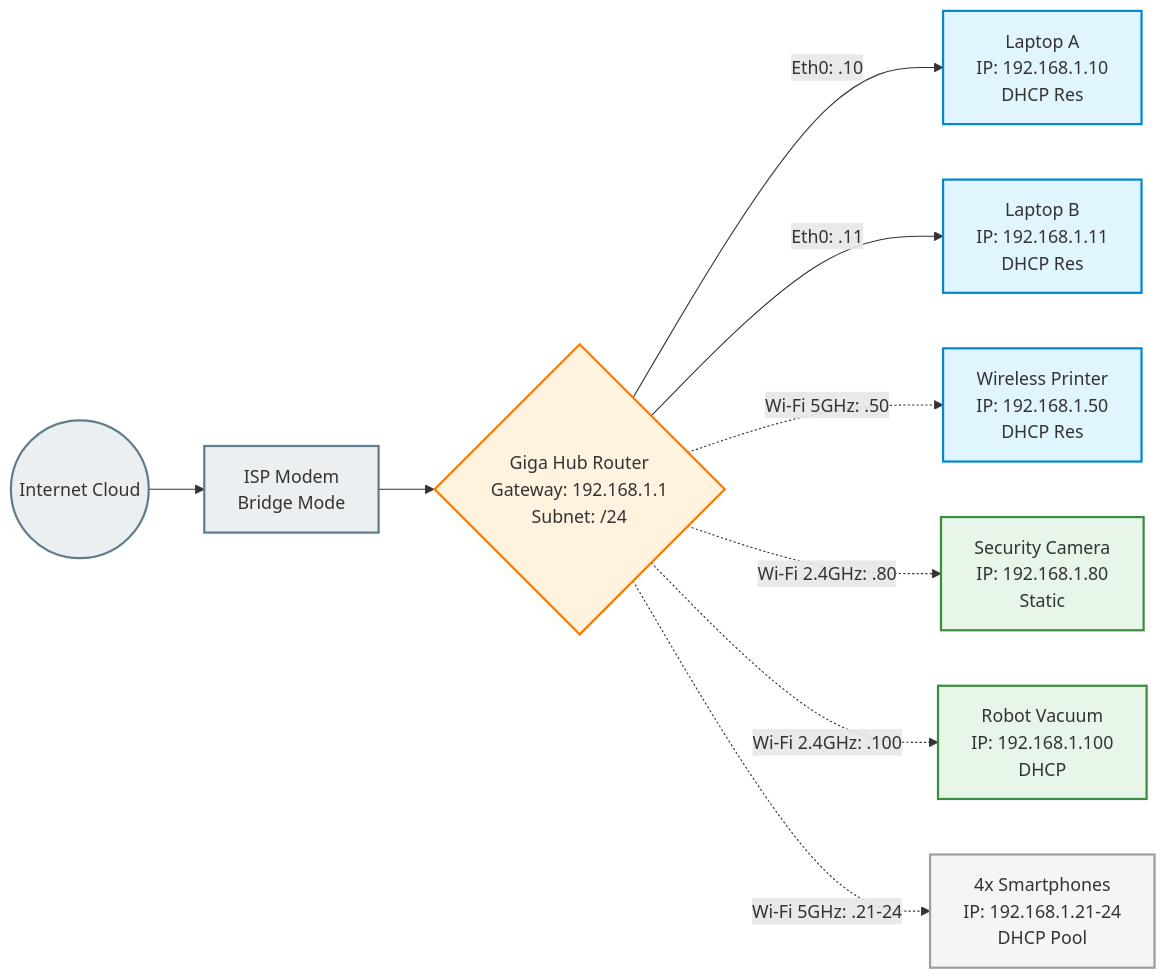
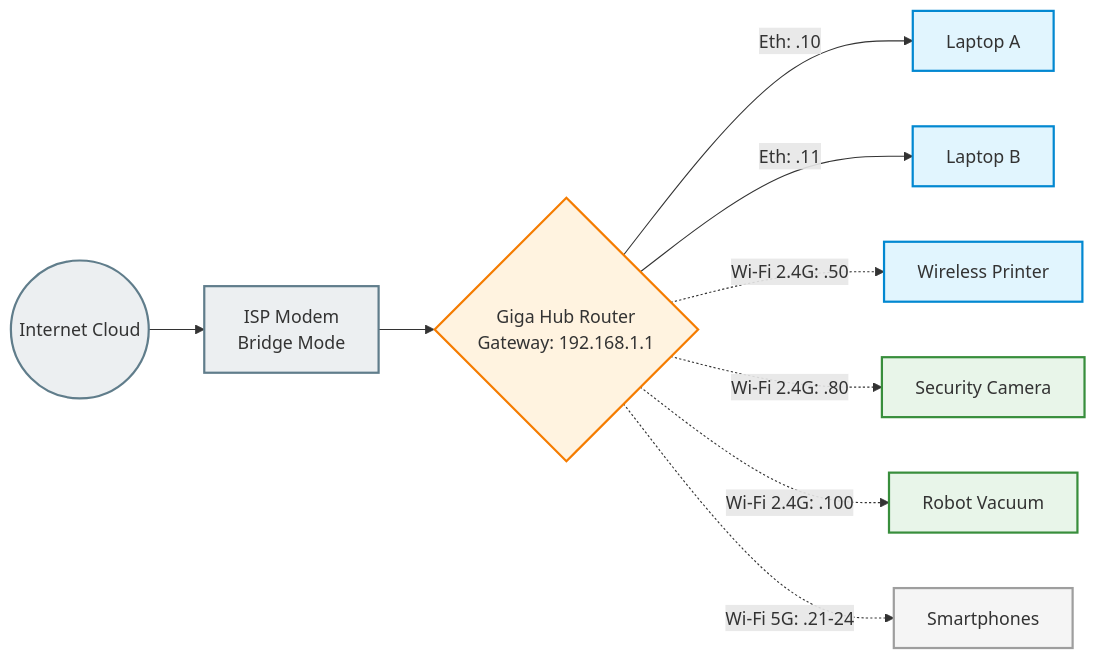
Before and after one commit to zoe437334588-creator/lesson5: the diagram in README.md, drawn with Mermaid. The commit also changed other lines of this file, not shown here.

````diff
--- a/README.md
+++ b/README.md
@@ -22,25 +20,18 @@
 ```mermaid
-flowchart LR
-    %% 定义颜色样式，完美匹配你物理图里的区域颜色
-    classDef routerZone fill:#fff3e0,stroke:#f57c00,stroke-width:2px
-    classDef blueZone fill:#e1f5fe,stroke:#0288d1,stroke-width:2px
-    classDef greenZone fill:#e8f5e9,stroke:#388e3c,stroke-width:2px
-    classDef grayZone fill:#f5f5f5,stroke:#9e9e9e,stroke-width:2px
+flowchart LR 
+    classDef routerZone fill:#fff3e0,stroke:#f57c00,stroke-width:2px 
+    classDef blueZone fill:#e1f5fe,stroke:#0288d1,stroke-width:2px 
+    classDef greenZone fill:#e8f5e9,stroke:#388e3c,stroke-width:2px 
+    classDef grayZone fill:#f5f5f5,stroke:#9e9e9e,stroke-width:2px 
     classDef internet fill:#eceff1,stroke:#607d8b,stroke-width:2px
 
-    %% 核心网络层
-    Internet(("Internet Cloud")):::internet --> Modem["ISP Modem<br>Bridge Mode"]:::internet
-    Modem --> Router{"Giga Hub Router<br>Gateway: 192.168.1.1<br>Subnet: /24"}:::routerZone
+    Internet(("Internet Cloud")):::internet --> Modem["ISP Modem<br>Bridge Mode"]:::internet 
+    Modem --> Router{"Giga Hub Router<br>Gateway: 192.168.1.1"}:::routerZone
 
-    %% 蓝色区域设备 (Den / Workstation)
-    Router -->|Eth0: .10| PCA["Laptop A<br>IP: 192.168.1.10<br>DHCP Res"]:::blueZone
-    Router -->|Eth0: .11| PCB["Laptop B<br>IP: 192.168.1.11<br>DHCP Res"]:::blueZone
-    Router -.->|"Wi-Fi 5GHz: .50"| Print["Wireless Printer<br>IP: 192.168.1.50<br>DHCP Res"]:::blueZone
-
-    %% 绿色区域设备 (Living Room / IoT)
-    Router -.->|"Wi-Fi 2.4GHz: .80"| Cam["Security Camera<br>IP: 192.168.1.80<br>Static"]:::greenZone
-    Router -.->|"Wi-Fi 2.4GHz: .100"| Vac["Robot Vacuum<br>IP: 192.168.1.100<br>DHCP"]:::greenZone
-
-    %% 灰色区域设备 (Mobile)
-    Router -.->|"Wi-Fi 5GHz: .21-24"| Phone["4x Smartphones<br>IP: 192.168.1.21-24<br>DHCP Pool"]:::grayZone
+    Router -->|Eth: .10| PCA["Laptop A"]:::blueZone 
+    Router -->|Eth: .11| PCB["Laptop B"]:::blueZone 
+    Router -.->|"Wi-Fi 2.4G: .50"| Print["Wireless Printer"]:::blueZone
+    Router -.->|"Wi-Fi 2.4G: .80"| Cam["Security Camera"]:::greenZone 
+    Router -.->|"Wi-Fi 2.4G: .100"| Vac["Robot Vacuum"]:::greenZone
+    Router -.->|"Wi-Fi 5G: .21-24"| Phone["Smartphones"]:::grayZone
 ```
````
